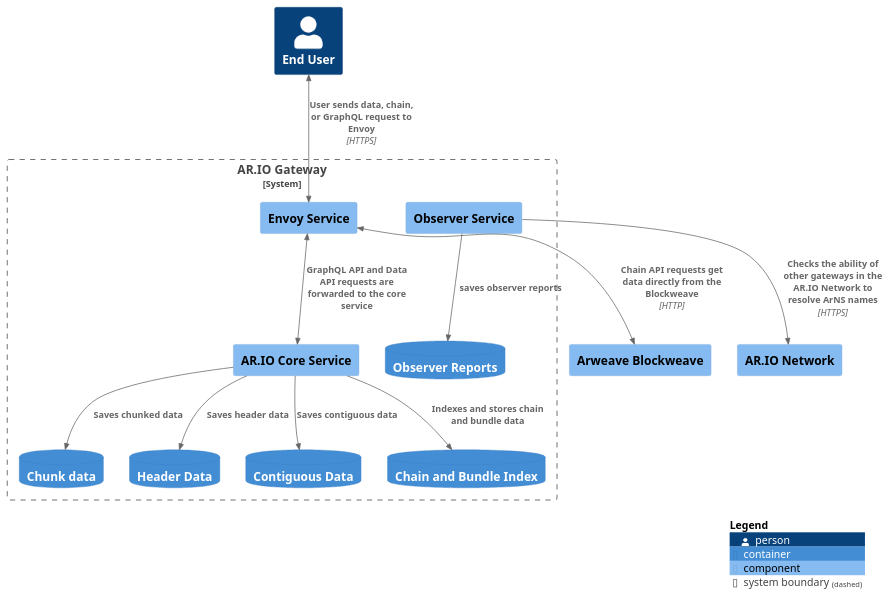
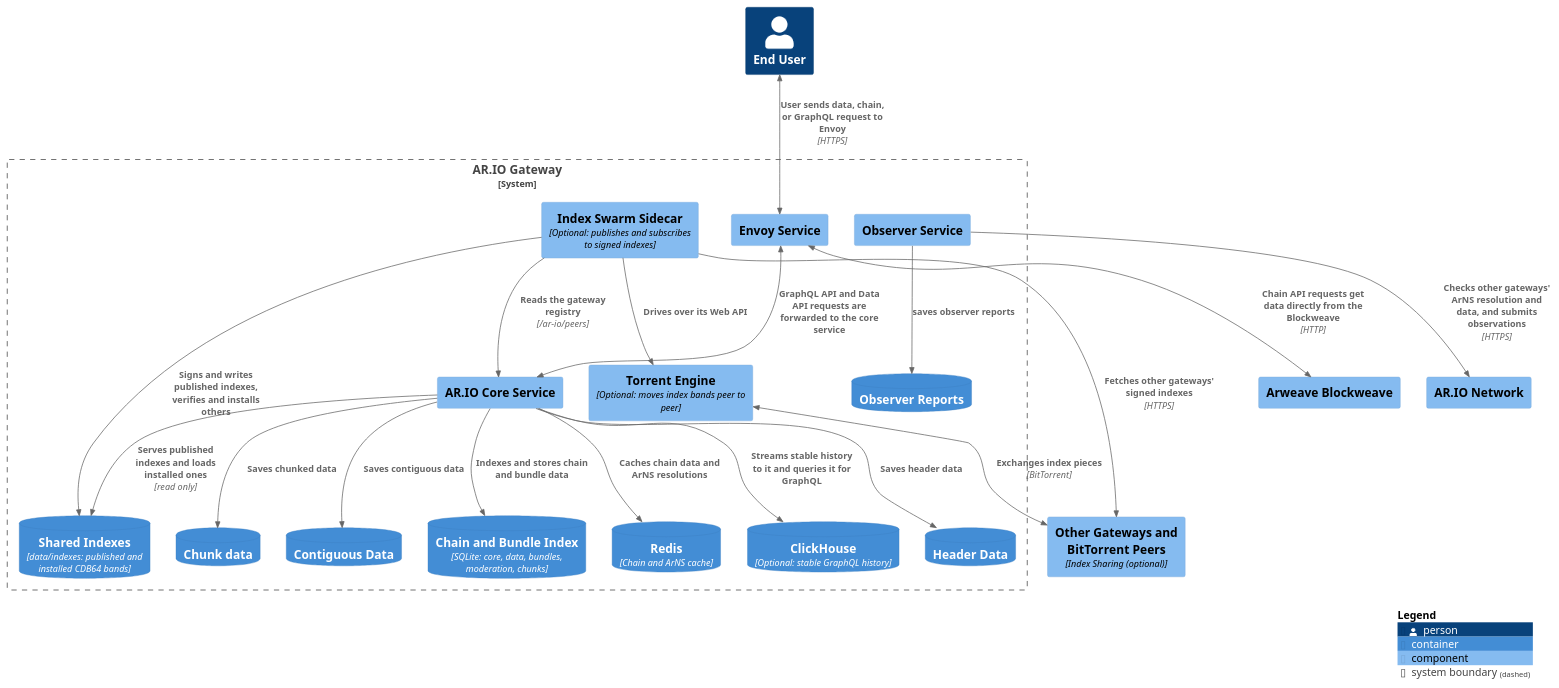
Before and after one commit to ar-io/ar-io-node: the diagram in docs/diagrams/src/Gateway.puml, drawn with PlantUML. The commit also changed 2 other files, not shown here.

Commit message:
docs(index-swarm): add topology, flow and fleet diagrams; update the C4 gateway diagram
The index-swarm doc had no diagrams. Adds four: the pieces on one node,
how a band moves from publisher to subscriber, the subscriber's per-band
decisions, and a fleet behind a load balancer. The C4 gateway diagram
gains the index-swarm sidecar, torrent engine, shared index directory,
Redis and ClickHouse, and the observer's observations; the data diagram
names trusted gateways, the default first source.

Claude-Session: https://claude.ai/code/session_01QYyUCc3dx6WRvMgC7HxLyw

```diff
--- a/docs/diagrams/src/Gateway.puml
+++ b/docs/diagrams/src/Gateway.puml
@@ -1,47 +1,69 @@
 @startuml Gateway
 
 
 !include ./C4_definitions/C4_Context.puml
 !include ./C4_definitions/C4_Container.puml
 !include ./C4_definitions/C4_Component.puml
 
 ' Set Layout
 LAYOUT_TOP_DOWN()
 
 
 ' Define Elements
 
 Person(user, "End User")
 Component(arweave, "Arweave Blockweave")
 Component(network, "AR.IO Network")
 
+Component(peers, "Other Gateways and BitTorrent Peers", "Index Sharing (optional)")
+
 System_Boundary(ar-io, "AR.IO Gateway"){
     Component(core, "AR.IO Core Service")
     Component(envoy, "Envoy Service")
     Component(observer, "Observer Service")
+    ContainerDb(redis, "Redis", "Chain and ArNS cache")
+    ContainerDb(clickhouse, "ClickHouse", "Optional: stable GraphQL history")
+    Component(sidecar, "Index Swarm Sidecar", "Optional: publishes and subscribes to signed indexes")
+    Component(engine, "Torrent Engine", "Optional: moves index bands peer to peer")
 
     ContainerDb(chunks, "Chunk data")
     ContainerDb(headers, "Header Data")
     ContainerDb(contiguous, "Contiguous Data")
     ContainerDb(reports, "Observer Reports")
-    ContainerDb(index, "Chain and Bundle Index")
+    ContainerDb(index, "Chain and Bundle Index", "SQLite: core, data, bundles, moderation, chunks")
+    ContainerDb(indexes, "Shared Indexes", "data/indexes: published and installed CDB64 bands")
 }
 
 ' Relationships
 BiRel(user, envoy, "User sends data, chain, or GraphQL request to Envoy", "HTTPS" )
 BiRel(envoy, arweave, "Chain API requests get data directly from the Blockweave", "HTTP")
 BiRel(envoy, core, "GraphQL API and Data API requests are forwarded to the core service")
 
 
 Rel(core, index, "Indexes and stores chain and bundle data")
 Rel(core, chunks, "Saves chunked data")
 Rel(core, headers, "Saves header data")
 Rel(core, contiguous, "Saves contiguous data")
 
+Rel(core, redis, "Caches chain data and ArNS resolutions")
+Rel(core, clickhouse, "Streams stable history to it and queries it for GraphQL")
+Rel(core, indexes, "Serves published indexes and loads installed ones", "read only")
+
+Rel(sidecar, indexes, "Signs and writes published indexes, verifies and installs others")
+Rel(sidecar, core, "Reads the gateway registry", "/ar-io/peers")
+Rel(sidecar, peers, "Fetches other gateways' signed indexes", "HTTPS")
+Rel(sidecar, engine, "Drives over its Web API")
+BiRel(engine, peers, "Exchanges index pieces", "BitTorrent")
+
 Rel(observer, reports, "saves observer reports")
-Rel(observer, network, "Checks the ability of other gateways in the AR.IO Network to resolve ArNS names", "HTTPS")
+Rel(observer, network, "Checks other gateways' ArNS resolution and data, and submits observations", "HTTPS")
+
+' Layout hints: keep the index-sharing pieces together on the left
+Lay_Right(sidecar, observer)
+Lay_Down(sidecar, engine)
+Lay_Left(indexes, chunks)
 
 ' Legend
 SHOW_LEGEND()
 
 @enduml
```
